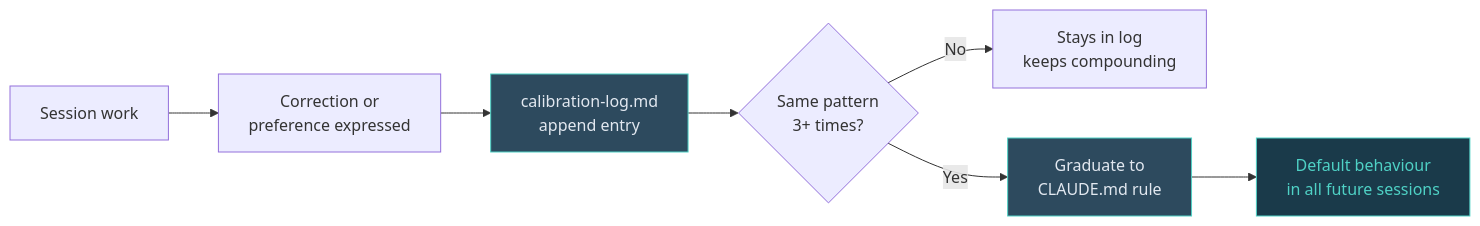
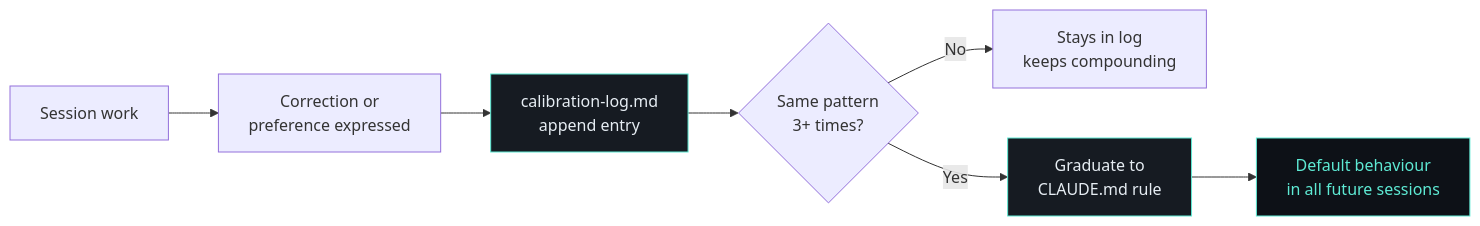
The diagram in docs/architecture/memory-system.md (sovrana/qm-os), drawn with Mermaid before and after one commit. The commit also changed 5 other files, not shown here.

````diff
--- a/docs/architecture/memory-system.md
+++ b/docs/architecture/memory-system.md
@@ -20,13 +20,13 @@
 ```mermaid
 flowchart LR
     A[Session work] --> B[Correction or<br>preference expressed]
     B --> C[calibration-log.md<br>append entry]
     C --> D{Same pattern<br>3+ times?}
     D -->|No| E[Stays in log<br>keeps compounding]
     D -->|Yes| F[Graduate to<br>CLAUDE.md rule]
     F --> G[Default behaviour<br>in all future sessions]
 
-    style C fill:#2d4a5e,stroke:#4fd1c5,color:#e2e8f0
-    style F fill:#2d4a5e,stroke:#4fd1c5,color:#e2e8f0
-    style G fill:#1a3a4a,stroke:#4fd1c5,color:#4fd1c5
+    style C fill:#161b22,stroke:#5eead4,color:#e6edf3
+    style F fill:#161b22,stroke:#5eead4,color:#e6edf3
+    style G fill:#0d1117,stroke:#5eead4,color:#5eead4
 ```
````
